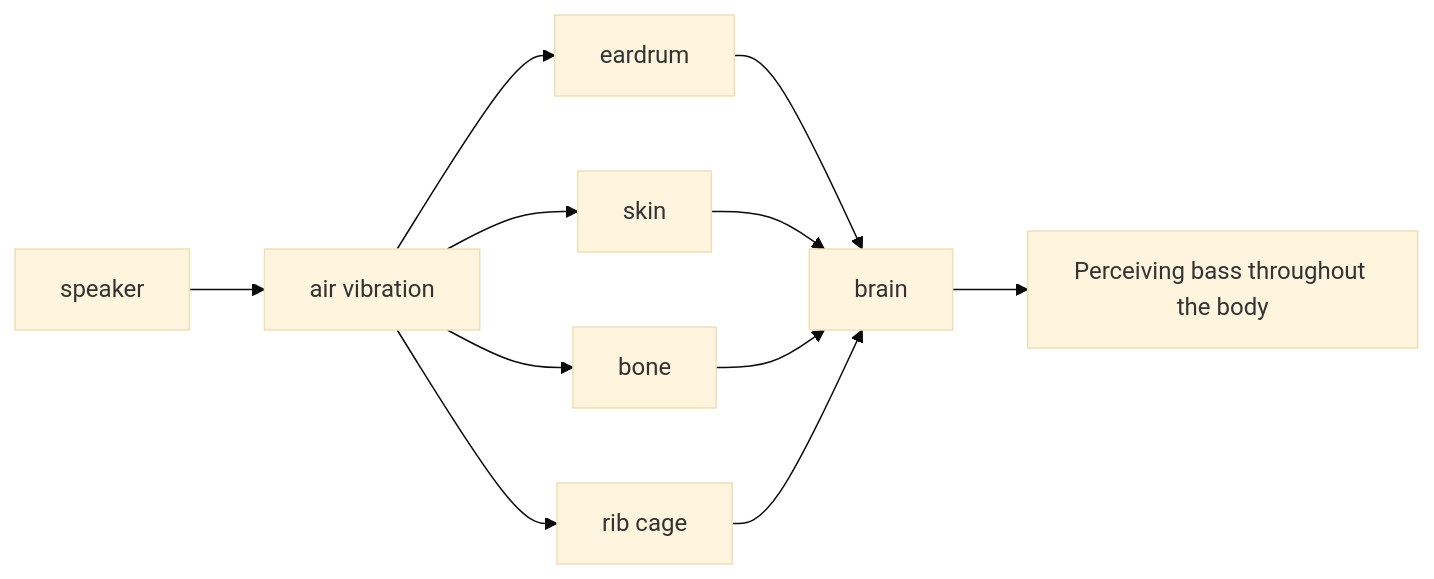
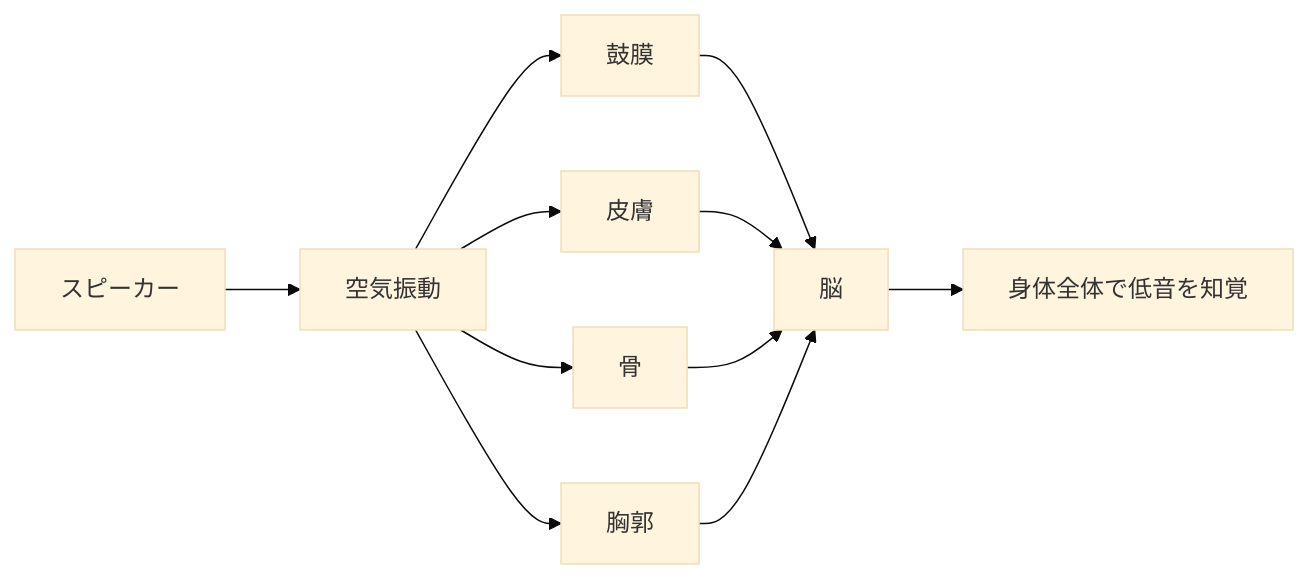
Before and after one commit to monumental-movement/monumental-movement.github.io: the second of 10 diagrams in en/_posts/2026-08-01-column-why-bass-feels-good.md, drawn with Mermaid (base theme). The commit also changed other lines of this file and 2196 other files, not shown here.

```diff
--- a/en/_posts/2026-08-01-column-why-bass-feels-good.md
+++ b/en/_posts/2026-08-01-column-why-bass-feels-good.md
@@ -211,17 +211,17 @@
 <div class="mermaid">
 flowchart LR
 
-A[speaker] --> B[air vibration]
+A[スピーカー] --> B[空気振動]
 
-B --> C[eardrum]
-B --> D[skin]
-B --> E[bone]
-B --> F[rib cage]
+B --> C[鼓膜]
+B --> D[皮膚]
+B --> E[骨]
+B --> F[胸郭]
 
-C --> G[brain]
+C --> G[脳]
 D --> G
 E --> G
 F --> G
 
-G --> H[Perceiving bass throughout the body]
+G --> H[身体全体で低音を知覚]
 </div>
```
